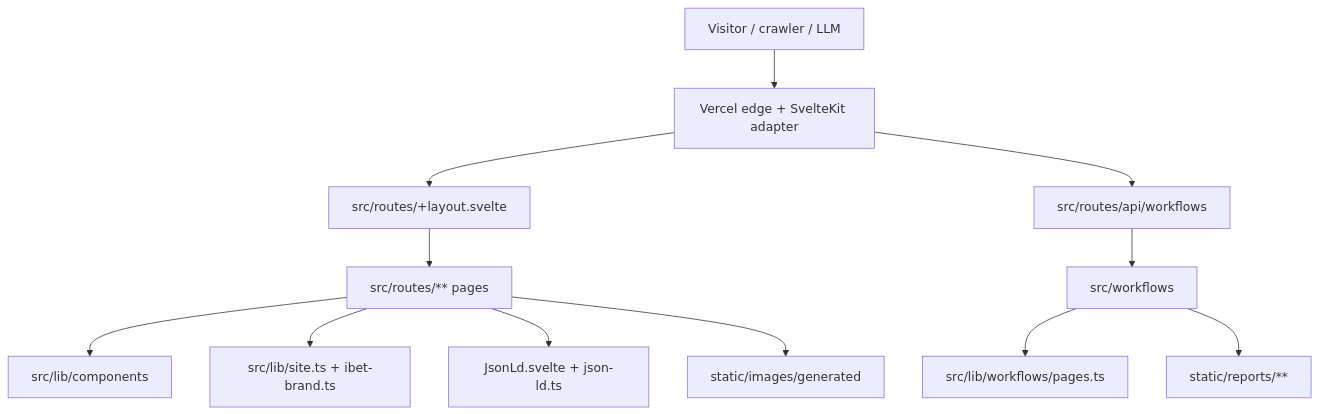
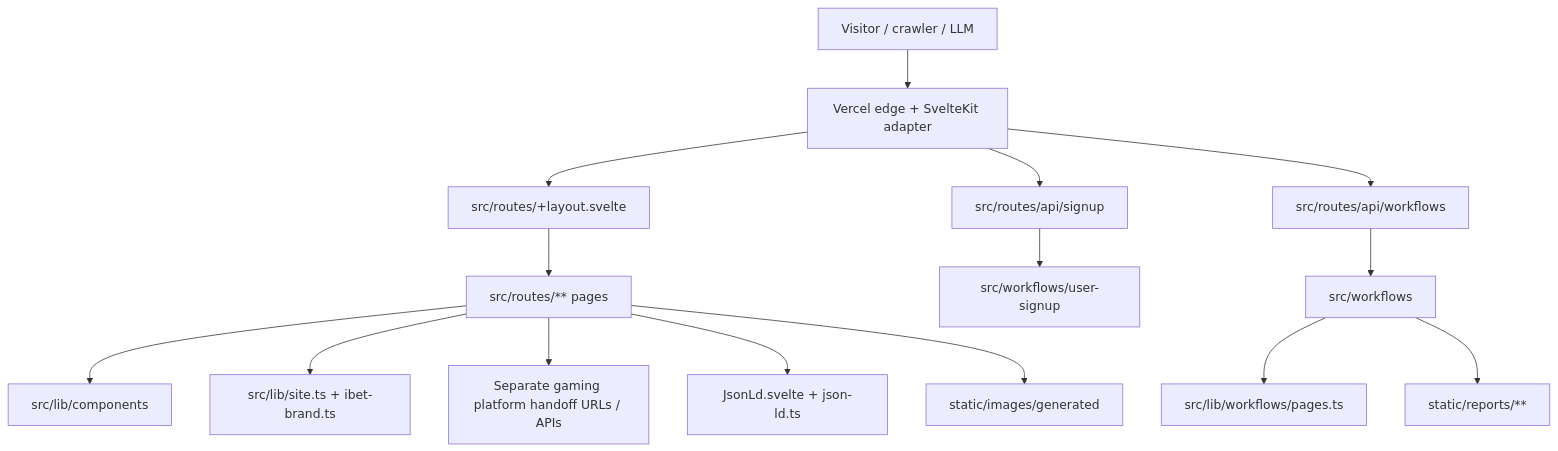
One commit to dislovelhl/247ibet-sveltekit changed the diagram in docs/ARCHITECTURE.md. Above: the diagram before and after it, drawn with Mermaid. The commit also changed other lines of this file and 8 other files, not shown here.

````diff
--- a/docs/ARCHITECTURE.md
+++ b/docs/ARCHITECTURE.md
@@ -12,14 +31,17 @@
 ```mermaid
 flowchart TD
   Visitor[Visitor / crawler / LLM] --> Vercel[Vercel edge + SvelteKit adapter]
   Vercel --> Layout[src/routes/+layout.svelte]
   Layout --> Pages[src/routes/** pages]
   Pages --> Components[src/lib/components]
   Pages --> SiteConfig[src/lib/site.ts + ibet-brand.ts]
+  Pages --> PlatformHandoffs[Separate gaming platform handoff URLs / APIs]
   Pages --> JsonLd[JsonLd.svelte + json-ld.ts]
+  Vercel --> LeadAPI[src/routes/api/signup]
+  LeadAPI --> LeadWorkflow[src/workflows/user-signup]
   Vercel --> APIs[src/routes/api/workflows]
   APIs --> Workflows[src/workflows]
   Workflows --> Registry[src/lib/workflows/pages.ts]
   Workflows --> Reports[static/reports/**]
   Pages --> Assets[static/images/generated]
 ```
````
